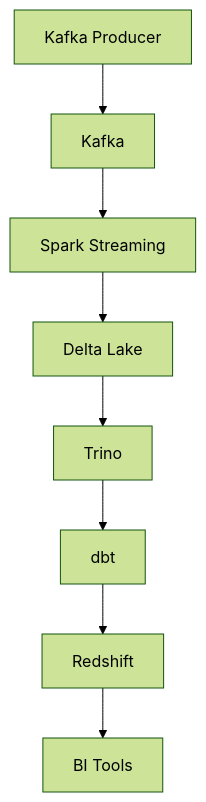
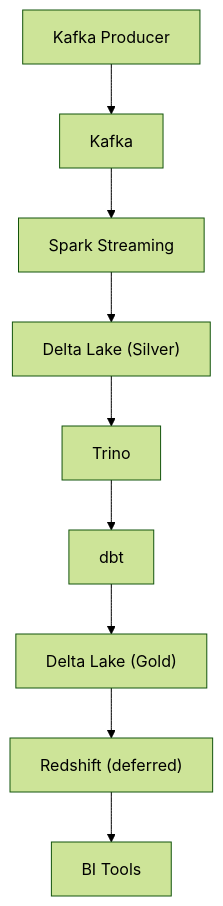
One commit to rafaelspecta/user-behavior-analytics changed the second of 7 diagrams in README.md. Above: the diagram before and after it, drawn with Mermaid (forest theme). The commit also changed other lines of this file and 2 other files, not shown here.

First line of the commit message:
docs: rewrite README for Docker demo and add roadmap

````diff
--- a/README.md
+++ b/README.md
@@ -23,10 +24,11 @@
 ```mermaid
 graph TD
     A[Kafka Producer] --> B[Kafka]
     B --> C[Spark Streaming]
-    C --> D[Delta Lake]
+    C --> D["Delta Lake (Silver)"]
     D --> E[Trino]
     E --> F[dbt]
-    F --> G[Redshift]
-    G --> H[BI Tools]
+    F --> G["Delta Lake (Gold)"]
+    G --> H["Redshift (deferred)"]
+    H --> I[BI Tools]
 ```
````
